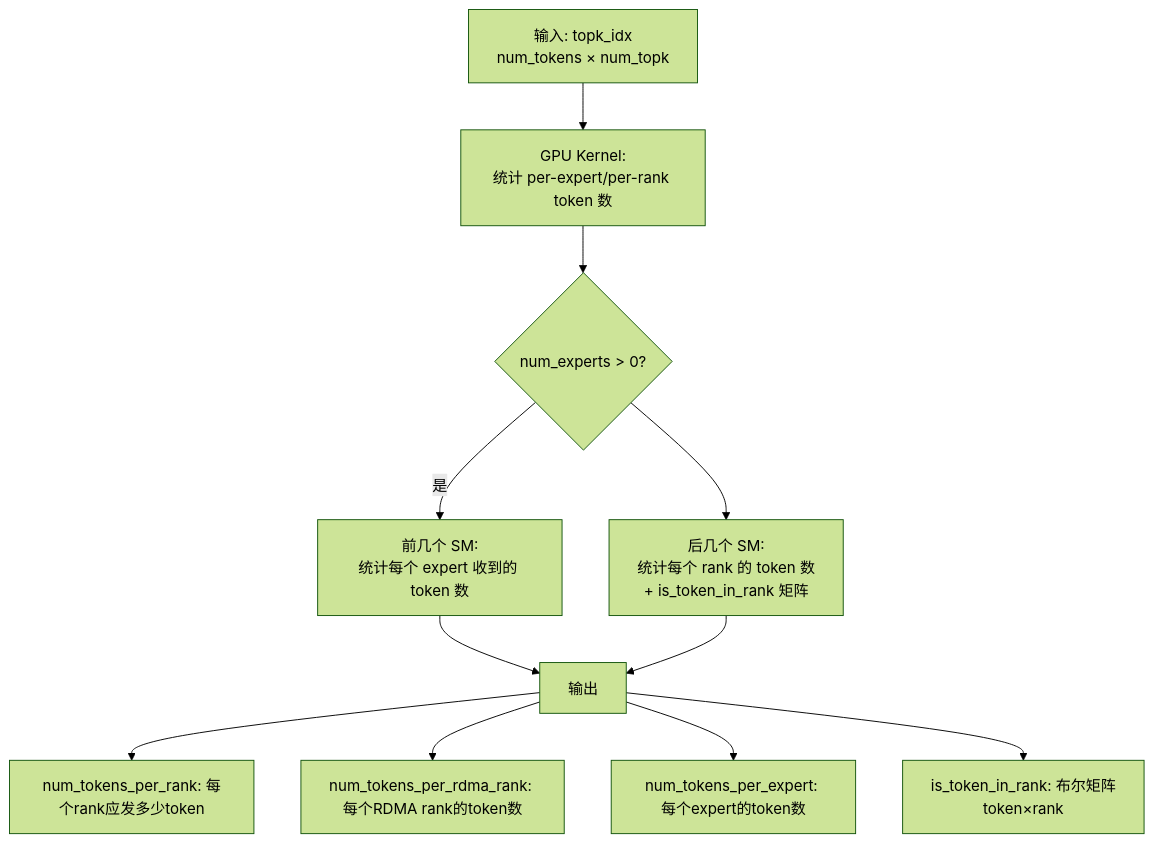
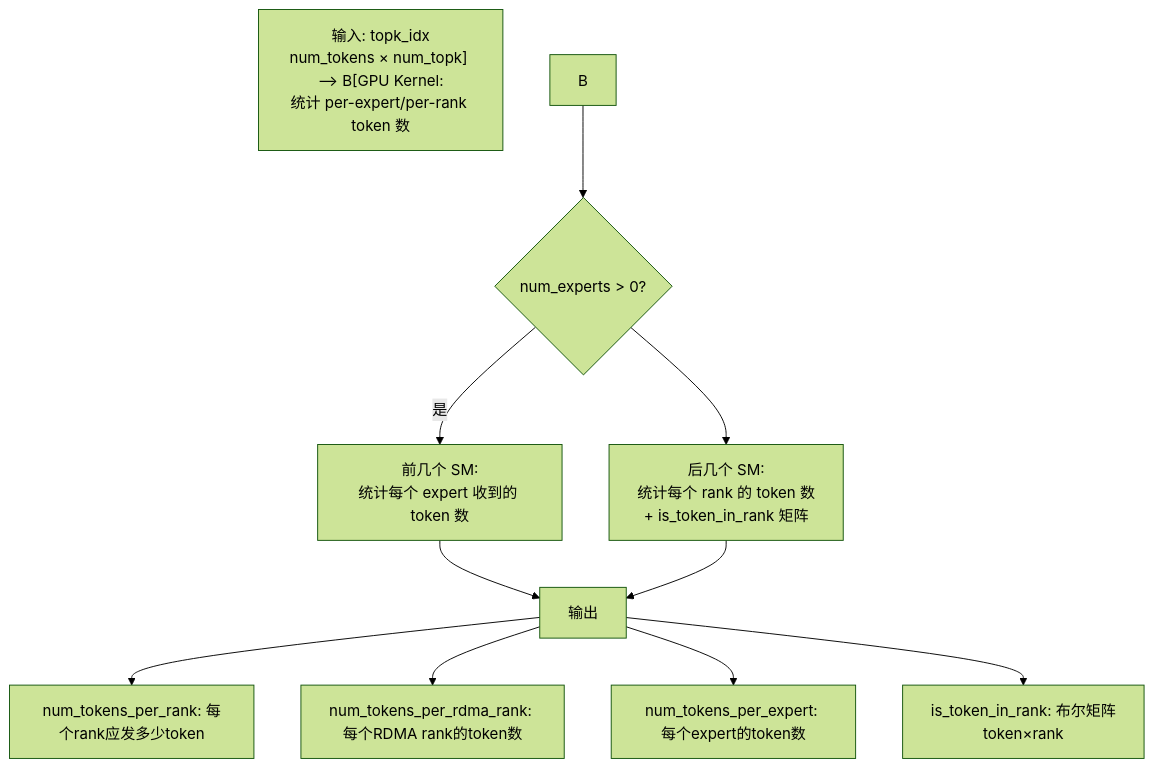
The fourth of 19 diagrams in glm5.1_ep.md (s0okiym/share), drawn with Mermaid (forest theme) before and after one commit.

````diff
--- a/glm5.1_ep.md
+++ b/glm5.1_ep.md
@@ -153,13 +153,13 @@
 ```mermaid
 flowchart TD
-    A[输入: topk_idx<br/>num_tokens × num_topk] --> B[GPU Kernel:<br/>统计 per-expert/per-rank token 数]
+    A["输入: topk_idx<br/>num_tokens × num_topk] --> B[GPU Kernel:<br/>统计 per-expert/per-rank token 数"]
     B --> C{num_experts > 0?}
-    C -->|是| D[前几个 SM:<br/>统计每个 expert 收到的 token 数]
-    C --> E[后几个 SM:<br/>统计每个 rank 的 token 数<br/>+ is_token_in_rank 矩阵]
+    C -->|是| D["前几个 SM:<br/>统计每个 expert 收到的 token 数"]
+    C --> E["后几个 SM:<br/>统计每个 rank 的 token 数<br/>+ is_token_in_rank 矩阵"]
     D --> F[输出]
     E --> F
     F --> G[num_tokens_per_rank: 每个rank应发多少token]
     F --> H[num_tokens_per_rdma_rank: 每个RDMA rank的token数]
     F --> I[num_tokens_per_expert: 每个expert的token数]
-    F --> J[is_token_in_rank: 布尔矩阵<br/>token×rank]
+    F --> J["is_token_in_rank: 布尔矩阵<br/>token×rank"]
 ```
````
